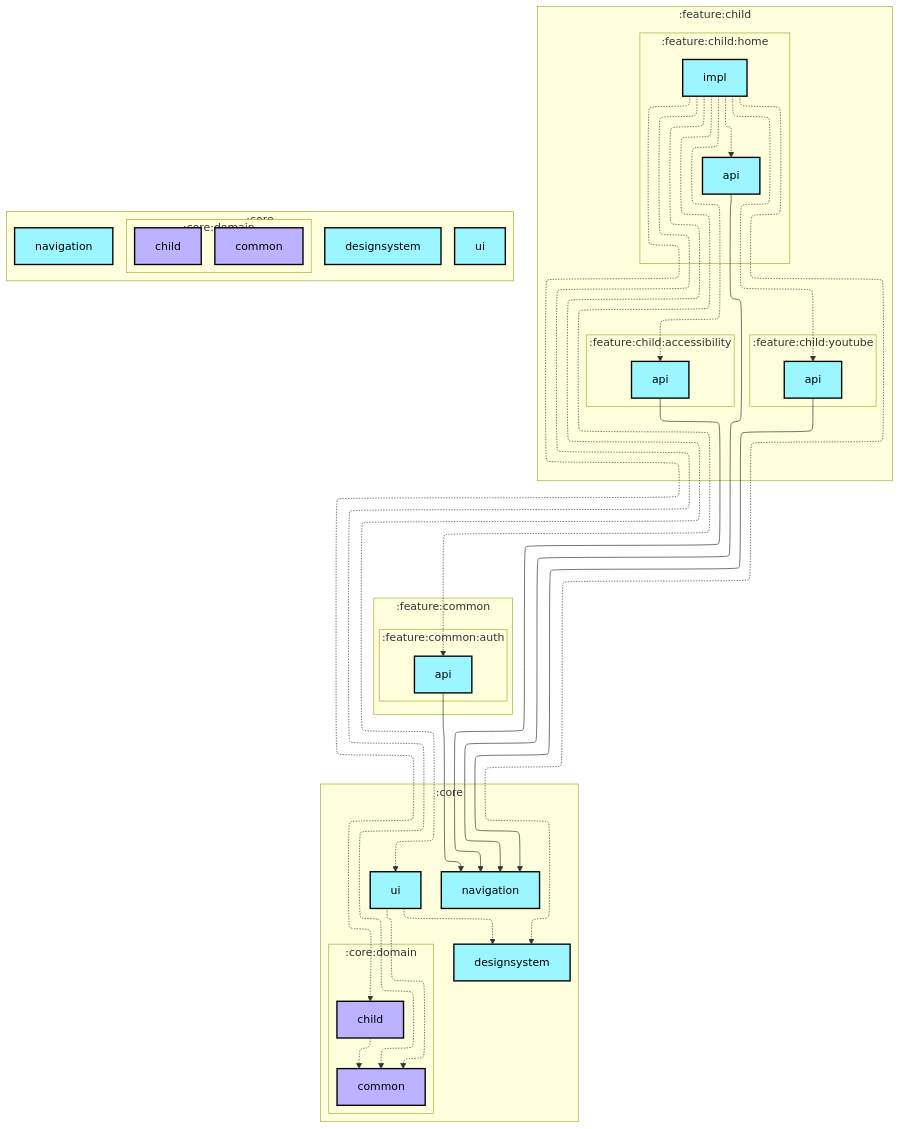
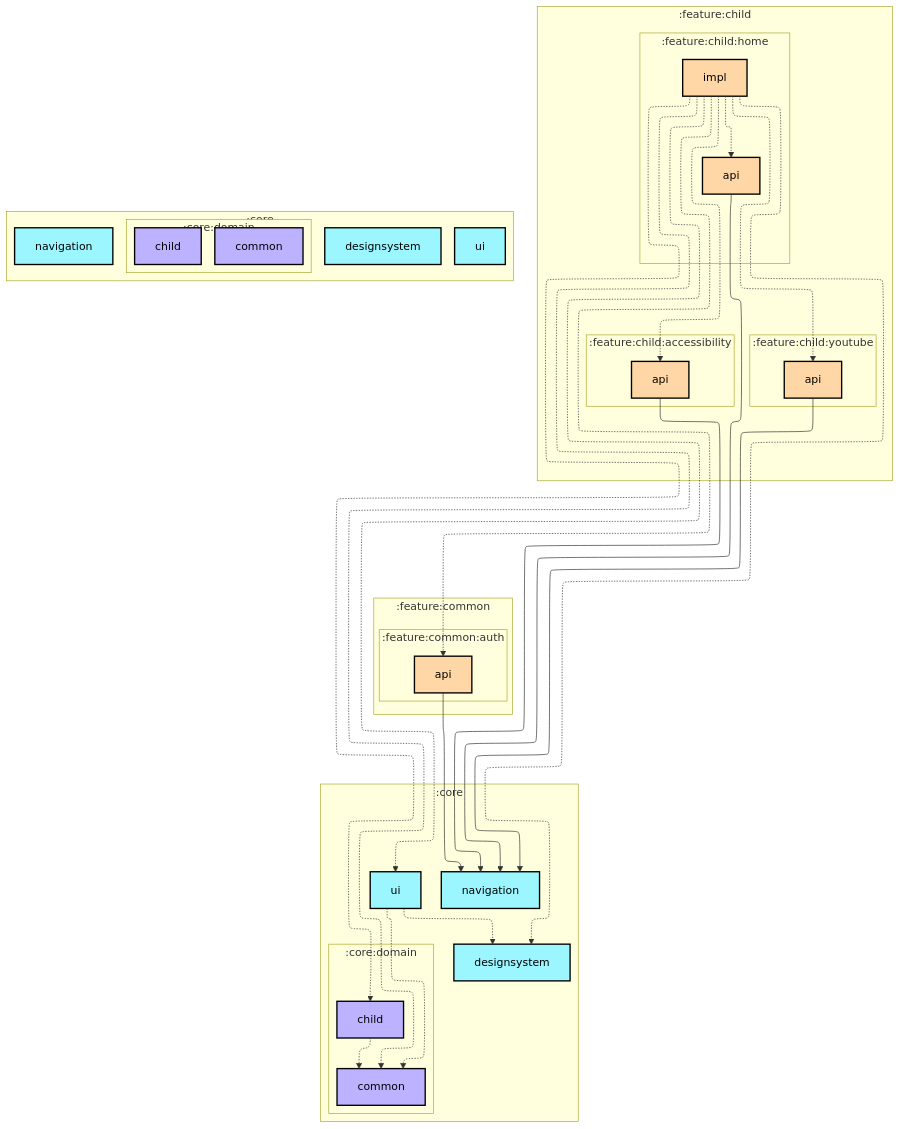
The first of 2 diagrams in architecture/ParentalControlApps/feature/child/home/impl/README.md (jadavchirag/jadavchirag), drawn with Mermaid before and after one commit. The commit also changed 26 other files, not shown here.

Commit message:
fixed feature module colors in graphs

````diff
--- a/architecture/ParentalControlApps/feature/child/home/impl/README.md
+++ b/architecture/ParentalControlApps/feature/child/home/impl/README.md
@@ -6,69 +6,69 @@
 ```mermaid
 ---
 config:
   layout: elk
   elk:
     nodePlacementStrategy: SIMPLE
 ---
 graph TB
   subgraph :feature:child
     direction TB
     subgraph :feature:child:home
       direction TB
-      :feature:child:home:api[api]:::android-library
-      :feature:child:home:impl[impl]:::android-library
+      :feature:child:home:api[api]:::android-feature
+      :feature:child:home:impl[impl]:::android-feature
     end
     subgraph :feature:child:accessibility
       direction TB
-      :feature:child:accessibility:api[api]:::android-library
+      :feature:child:accessibility:api[api]:::android-feature
     end
     subgraph :feature:child:youtube
       direction TB
-      :feature:child:youtube:api[api]:::android-library
+      :feature:child:youtube:api[api]:::android-feature
     end
   end
   subgraph :core
     direction TB
     :core:designsystem[designsystem]:::android-library
     :core:navigation[navigation]:::android-library
     :core:ui[ui]:::android-library
   end
   subgraph :feature:common
     direction TB
     subgraph :feature:common:auth
       direction TB
-      :feature:common:auth:api[api]:::android-library
+      :feature:common:auth:api[api]:::android-feature
     end
   end
   subgraph :core
     direction TB
     subgraph :core:domain
       direction TB
       :core:domain:child[child]:::jvm-library
       :core:domain:common[common]:::jvm-library
     end
   end
 
   :core:domain:child -.-> :core:domain:common
   :core:ui -.-> :core:designsystem
   :core:ui -.-> :core:domain:common
   :feature:child:accessibility:api --> :core:navigation
   :feature:child:home:api --> :core:navigation
   :feature:child:home:impl -.-> :core:designsystem
   :feature:child:home:impl -.-> :core:domain:child
   :feature:child:home:impl -.-> :core:domain:common
   :feature:child:home:impl -.-> :core:ui
   :feature:child:home:impl -.-> :feature:child:accessibility:api
   :feature:child:home:impl -.-> :feature:child:home:api
   :feature:child:home:impl -.-> :feature:child:youtube:api
   :feature:child:home:impl -.-> :feature:common:auth:api
   :feature:child:youtube:api --> :core:navigation
   :feature:common:auth:api --> :core:navigation
 
 classDef android-application fill:#CAFFBF,stroke:#000,stroke-width:2px,color:#000;
 classDef android-feature fill:#FFD6A5,stroke:#000,stroke-width:2px,color:#000;
 classDef android-library fill:#9BF6FF,stroke:#000,stroke-width:2px,color:#000;
 classDef android-test fill:#A0C4FF,stroke:#000,stroke-width:2px,color:#000;
 classDef jvm-library fill:#BDB2FF,stroke:#000,stroke-width:2px,color:#000;
 classDef unknown fill:#FFADAD,stroke:#000,stroke-width:2px,color:#000;
 ```
````
